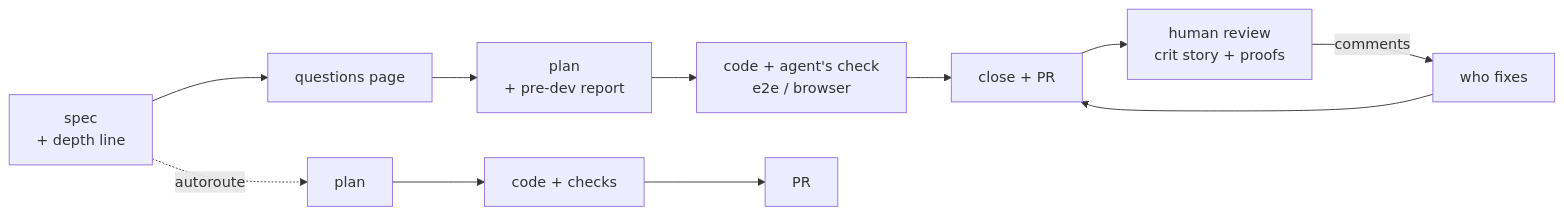
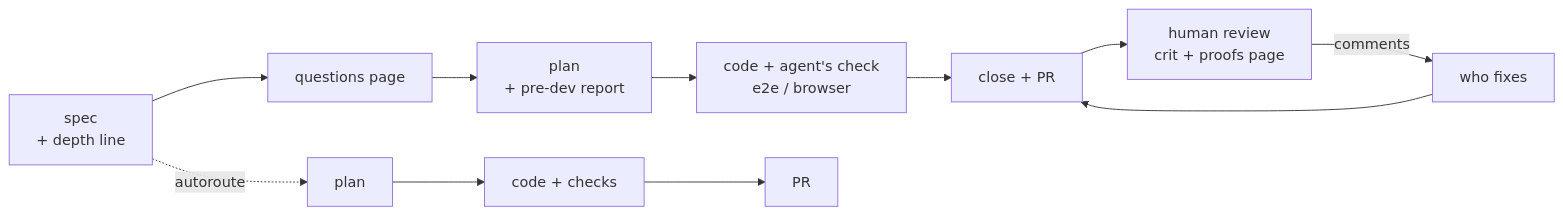
Before and after one commit to lonestone/chisel: the diagram in project-management/tasks/20261119-1644-relecture-humaine.spec.md, drawn with Mermaid. The commit also changed other lines of this file and 3 other files, not shown here.

First line of the commit message:
docs(tasks): settle the last questions of the human review spec

````diff
--- a/project-management/tasks/20261119-1644-relecture-humaine.spec.md
+++ b/project-management/tasks/20261119-1644-relecture-humaine.spec.md
@@ -181,11 +199,11 @@
 ```mermaid
 flowchart LR
   S[spec<br/>+ depth line] --> Q[questions page]
   Q --> P[plan<br/>+ pre-dev report]
   P --> C[code + agent's check<br/>e2e / browser]
   C --> R[close + PR]
-  R --> H[human review<br/>crit story + proofs]
+  R --> H[human review<br/>crit + proofs page]
   H -->|comments| F[who fixes]
   F --> R
   S -. autoroute .-> P2[plan] --> C2[code + checks] --> R2[PR]
 ```
````
